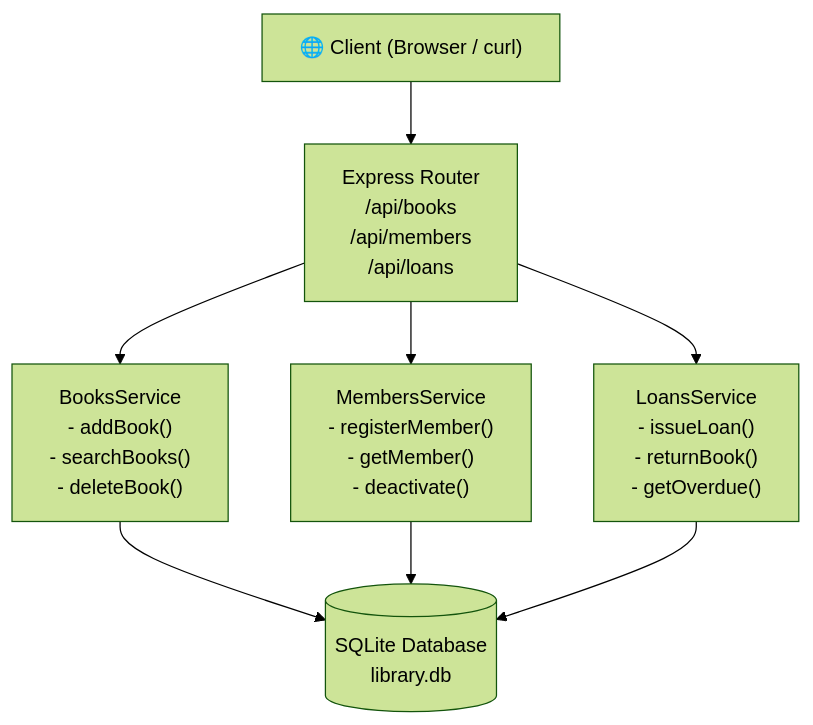
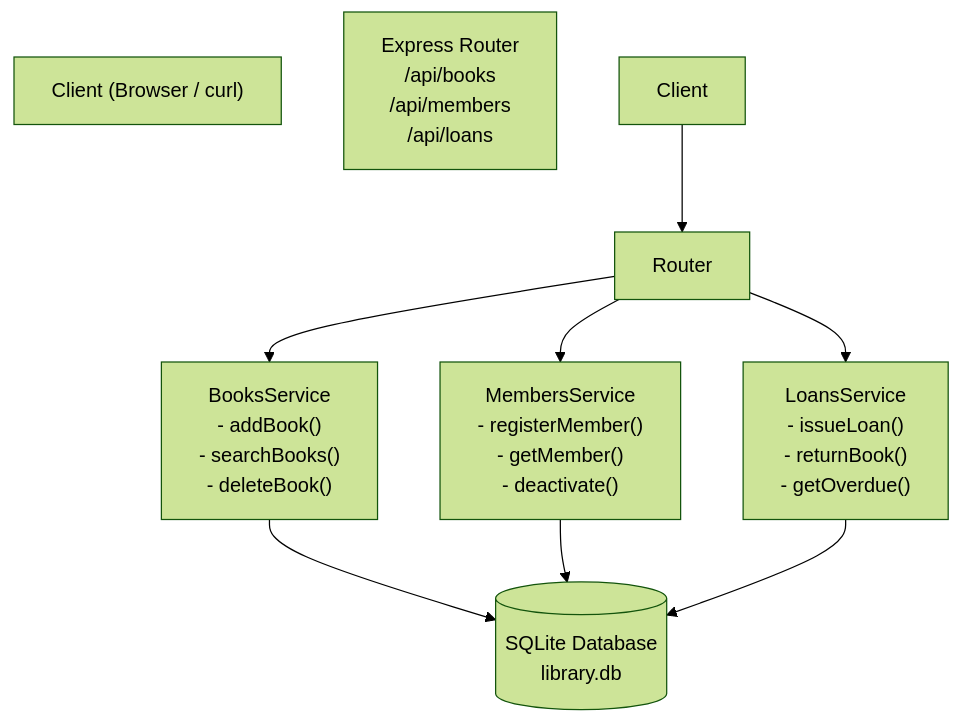
The first of 3 diagrams in partA/ARCHITECTURE.MD (oyukarolii/buteelt13), drawn with Mermaid (forest theme) before and after one commit. The commit also changed other lines of this file and 3 other files, not shown here.

````diff
--- a/partA/ARCHITECTURE.MD
+++ b/partA/ARCHITECTURE.MD
@@ -12,17 +12,17 @@
 ```mermaid
 graph TD
-    Client["🌐 Client (Browser / curl)"]
-    Router["Express Router\n/api/books\n/api/members\n/api/loans"]
+    Үйлчлүүлэгч[" Client (Browser / curl)"]
+    Чиглүүлэгч["Express Router\n/api/books\n/api/members\n/api/loans"]
     BooksService["BooksService\n- addBook()\n- searchBooks()\n- deleteBook()"]
     MembersService["MembersService\n- registerMember()\n- getMember()\n- deactivate()"]
     LoansService["LoansService\n- issueLoan()\n- returnBook()\n- getOverdue()"]
     DB[("SQLite Database\nlibrary.db")]
 
     Client --> Router
     Router --> BooksService
     Router --> MembersService
     Router --> LoansService
     BooksService --> DB
     MembersService --> DB
     LoansService --> DB
 ```
````
